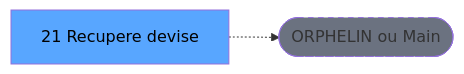
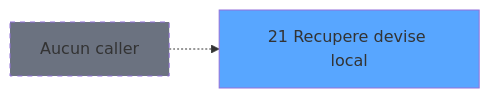
The second of 3 diagrams in .openspec/specs/ADH-IDE-21.md (thonyAGP/lecteur-magic), drawn with Mermaid before and after one commit. The commit also changed other lines of this file and 96 other files, not shown here.

````diff
--- a/.openspec/specs/ADH-IDE-21.md
+++ b/.openspec/specs/ADH-IDE-21.md
@@ -117,8 +119,8 @@
 ```mermaid
 graph LR
-    T[21 Recupere devise]
-    ORPHAN([ORPHELIN ou Main])
-    T -.-> ORPHAN
-    style T fill:#58a6ff,color:#000
-    style ORPHAN fill:#6b7280,stroke-dasharray: 5 5
+    T21[21 Recupere devise local]
+    style T21 fill:#58a6ff
+    NONE[Aucun caller]
+    NONE -.-> T21
+    style NONE fill:#6b7280,stroke-dasharray: 5 5
 ```
````
